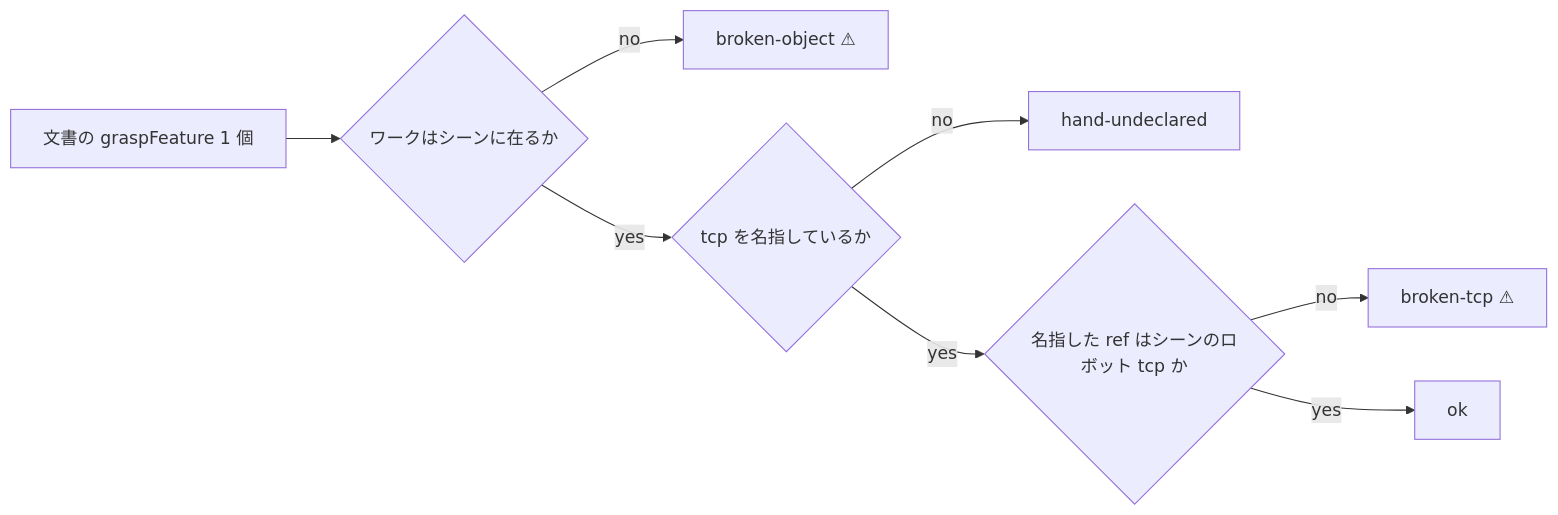
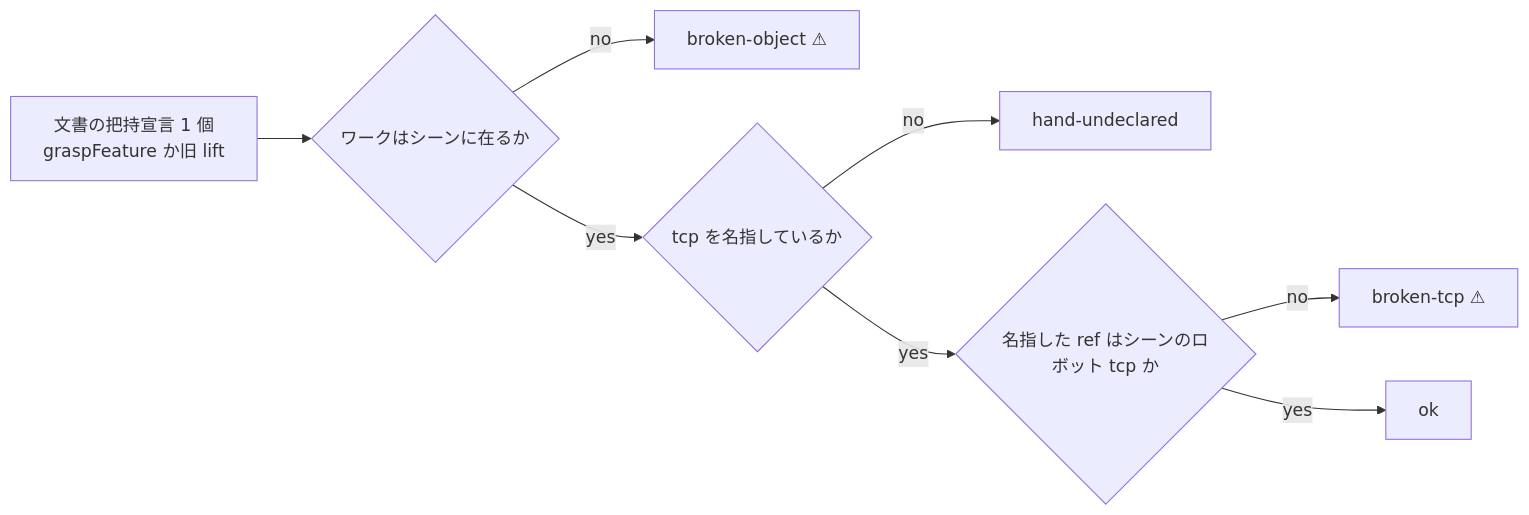
One commit to yuubae215/easy-extrude changed the sixth of 6 diagrams in docs/STATE_TRANSITIONS.md. Above: the diagram before and after it, drawn with Mermaid. The commit also changed other lines of this file and 29 other files, not shown here.

````diff
--- a/docs/STATE_TRANSITIONS.md
+++ b/docs/STATE_TRANSITIONS.md
@@ -1327,10 +1330,10 @@
 ```mermaid
 flowchart LR
-  D[文書の graspFeature 1 個] --> O{ワークはシーンに在るか}
+  D[文書の把持宣言 1 個<br/>graspFeature か旧 lift] --> O{ワークはシーンに在るか}
   O -- no --> BO[broken-object ⚠]
   O -- yes --> T{tcp を名指しているか}
   T -- no --> HU[hand-undeclared]
   T -- yes --> R{名指した ref はシーンのロボット tcp か}
   R -- no --> BT[broken-tcp ⚠]
   R -- yes --> OK[ok]
 ```
````
